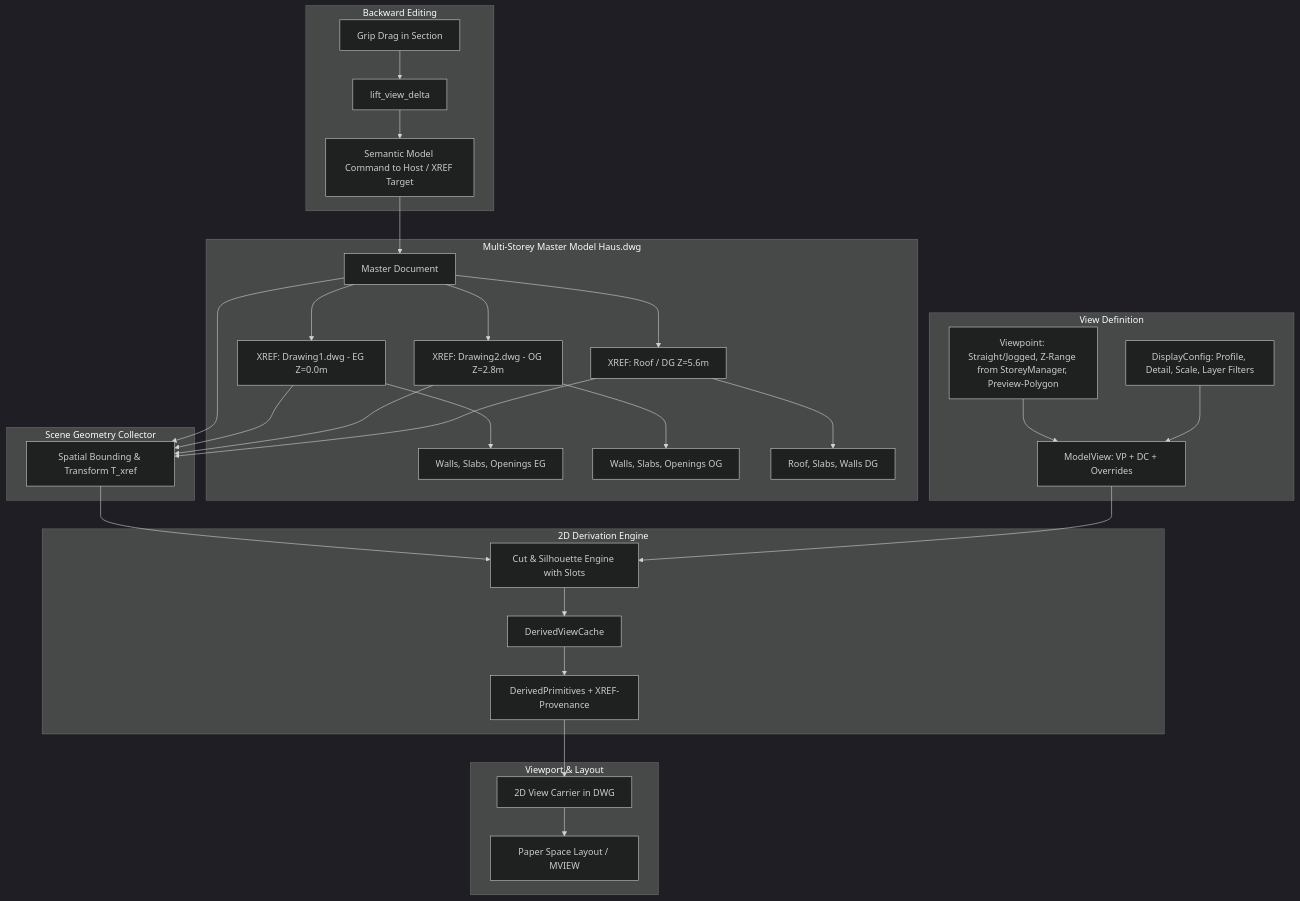
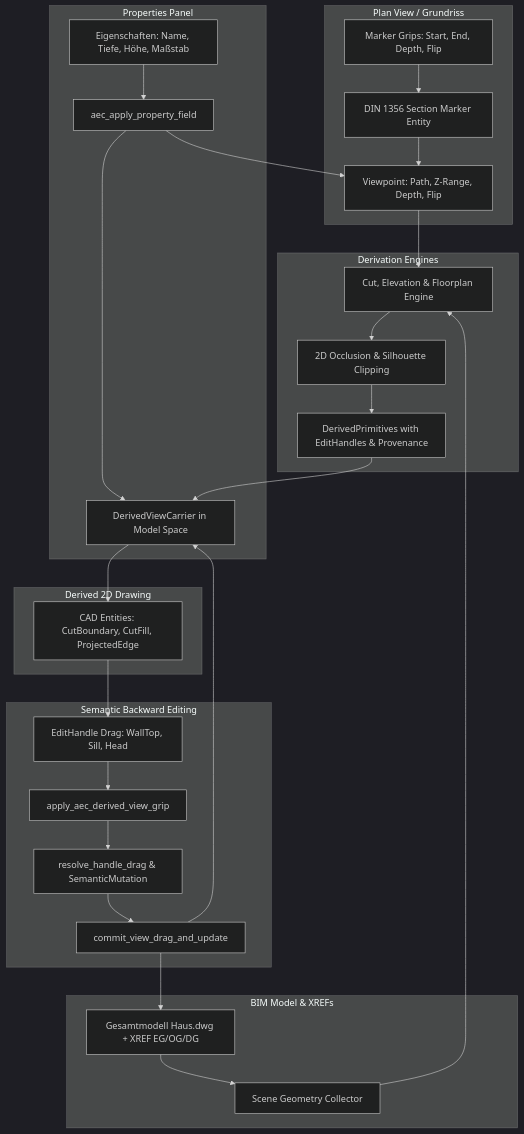
One commit to thkuhn/OpenCADStudio changed the diagram in .junie/plans/derived-views-and-sections.md. Above: the diagram before and after it, drawn with Mermaid (dark theme). The commit also changed other lines of this file and 41 other files, not shown here.

First line of the commit message:
feat(aec): DIN 1356 Marker-Grips, semantische Schnittgriffe, Occlusion-Härtung und lokalisierte Grundrisse

````diff
--- a/.junie/plans/derived-views-and-sections.md
+++ b/.junie/plans/derived-views-and-sections.md
@@ -252,40 +210,37 @@
 ```mermaid
 graph TD
-  subgraph Multi-Storey Master Model Haus.dwg
-    MM[Master Document] --> XREF_EG[XREF: Drawing1.dwg - EG Z=0.0m]
-    MM --> XREF_OG[XREF: Drawing2.dwg - OG Z=2.8m]
-    MM --> XREF_DG[XREF: Roof / DG Z=5.6m]
-    XREF_EG --> W1[Walls, Slabs, Openings EG]
-    XREF_OG --> W2[Walls, Slabs, Openings OG]
-    XREF_DG --> W3[Roof, Slabs, Walls DG]
+  subgraph Plan View / Grundriss
+    SM[DIN 1356 Section Marker Entity] --> VP[Viewpoint: Path, Z-Range, Depth, Flip]
+    SM_Grip[Marker Grips: Start, End, Depth, Flip] --> SM
   end
 
-  subgraph Scene Geometry Collector
-    MM & XREF_EG & XREF_OG & XREF_DG --> Col[Spatial Bounding & Transform T_xref]
+  subgraph Properties Panel
+    Prop[Eigenschaften: Name, Tiefe, Höhe, Maßstab] --> aec_apply[aec_apply_property_field]
+    aec_apply --> VP
+    aec_apply --> Carrier
   end
 
-  subgraph View Definition
-    VP[Viewpoint: Straight/Jogged, Z-Range from StoreyManager, Preview-Polygon]
-    DC[DisplayConfig: Profile, Detail, Scale, Layer Filters]
-    MV[ModelView: VP + DC + Overrides]
-    VP --> MV
-    DC --> MV
+  subgraph BIM Model & XREFs
+    Model[Gesamtmodell Haus.dwg + XREF EG/OG/DG] --> Col[Scene Geometry Collector]
   end
 
-  subgraph 2D Derivation Engine
-    Col & MV --> CE[Cut & Silhouette Engine with Slots]
-    CE --> DVC[DerivedViewCache]
-    DVC --> DP[DerivedPrimitives + XREF-Provenance]
+  subgraph Derivation Engines
+    VP & Col --> Engines[Cut, Elevation & Floorplan Engine]
+    Engines --> Sil[2D Occlusion & Silhouette Clipping]
+    Sil --> Prims[DerivedPrimitives with EditHandles & Provenance]
   end
 
-  subgraph Viewport & Layout
-    DP --> Carrier[2D View Carrier in DWG]
-    Carrier --> MVIEW[Paper Space Layout / MVIEW]
+  subgraph Derived 2D Drawing
+    Prims --> Carrier[DerivedViewCarrier in Model Space]
+    Carrier --> SecEnts[CAD Entities: CutBoundary, CutFill, ProjectedEdge]
   end
 
-  subgraph Backward Editing
-    Grip[Grip Drag in Section] --> Lift[lift_view_delta]
-    Lift --> Cmd[Semantic Model Command to Host / XREF Target]
-    Cmd --> MM
+  subgraph Semantic Backward Editing
+    SecEnts --> PrimGrip[EditHandle Drag: WallTop, Sill, Head]
+    PrimGrip --> DragHook[apply_aec_derived_view_grip]
+    DragHook --> SemMut[resolve_handle_drag & SemanticMutation]
+    SemMut --> Commit[commit_view_drag_and_update]
+    Commit --> Model
+    Commit --> Carrier
   end
 ```
````
